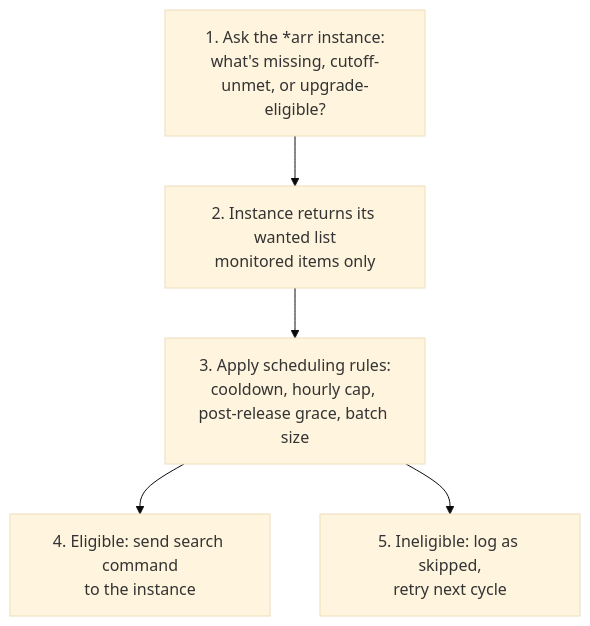
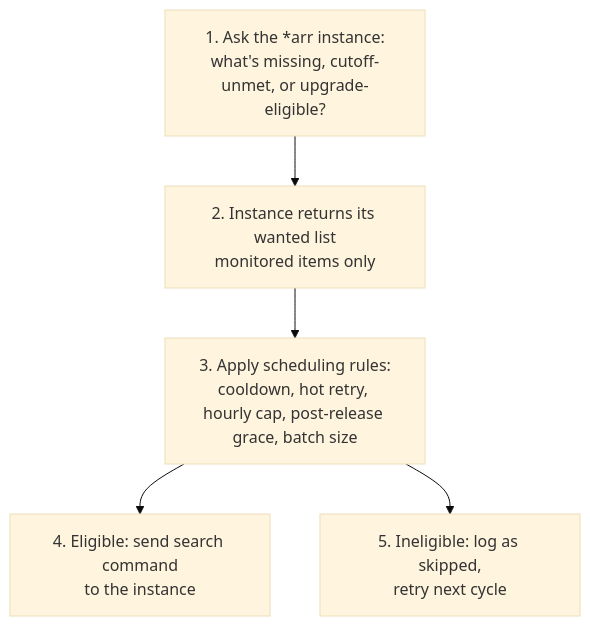
Before and after one commit to av1155/houndarr: the first of 2 diagrams in website/docs/concepts/how-scheduling-works.md, drawn with Mermaid (base theme). The commit also changed other lines of this file and 42 other files, not shown here.

Commit message:
feat(engine): add hot retry window

````diff
--- a/website/docs/concepts/how-scheduling-works.md
+++ b/website/docs/concepts/how-scheduling-works.md
@@ -20,12 +20,12 @@
 ```mermaid
 flowchart TD
     A["1. Ask the *arr instance:<br/>what's missing, cutoff-unmet, or upgrade-eligible?"]
     B["2. Instance returns its wanted list<br/>monitored items only"]
-    C["3. Apply scheduling rules:<br/>cooldown, hourly cap, post-release grace, batch size"]
+    C["3. Apply scheduling rules:<br/>cooldown, hot retry, hourly cap, post-release grace, batch size"]
     D["4. Eligible: send search command<br/>to the instance"]
     E["5. Ineligible: log as skipped,<br/>retry next cycle"]
     A --> B
     B --> C
     C --> D
     C --> E
 ```
````
